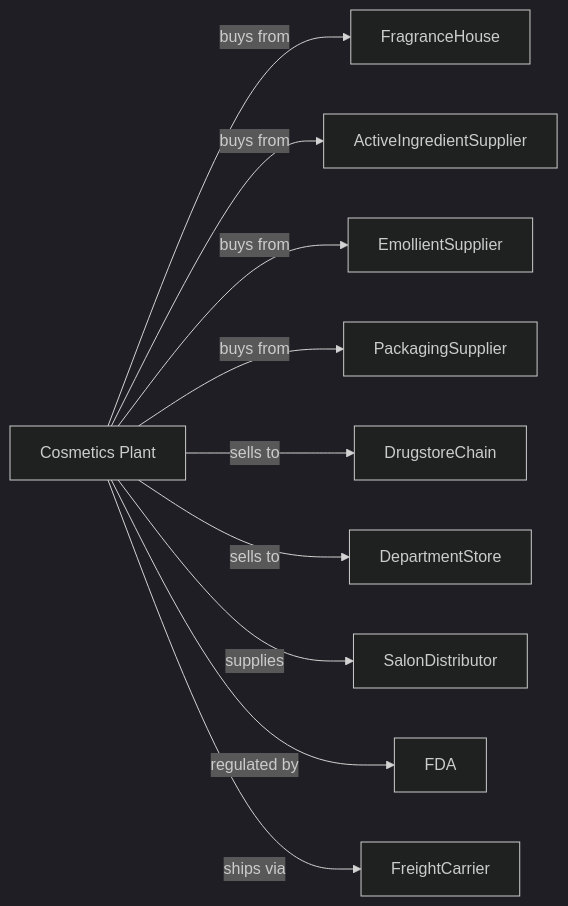
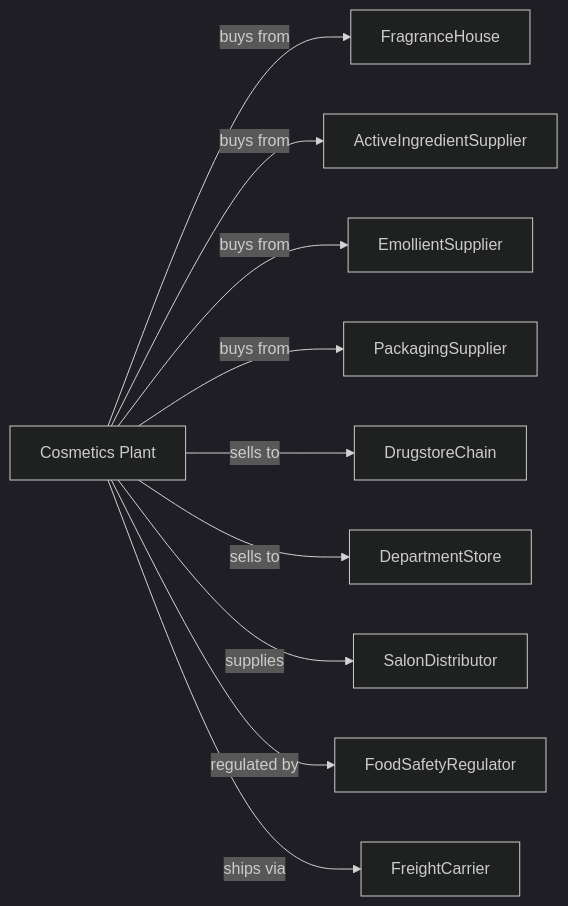
The second of 2 diagrams in Manufacturing/ChemicalManufacturing/SoapCleaningCompoundAndToiletPreparationManufacturing/ToiletPreparationManufacturing.mdx (dot-org-ai/industries.org.ai), drawn with Mermaid (dark theme) before and after one commit. The commit also changed other lines of this file and 588 other files, not shown here.

````diff
--- a/Manufacturing/ChemicalManufacturing/SoapCleaningCompoundAndToiletPreparationManufacturing/ToiletPreparationManufacturing.mdx
+++ b/Manufacturing/ChemicalManufacturing/SoapCleaningCompoundAndToiletPreparationManufacturing/ToiletPreparationManufacturing.mdx
@@ -131,14 +131,14 @@
 ```mermaid
 graph LR
     C[Cosmetics Plant]
 
     C -->|buys from| FragranceHouse
     C -->|buys from| ActiveIngredientSupplier
     C -->|buys from| EmollientSupplier
     C -->|buys from| PackagingSupplier
     C -->|sells to| DrugstoreChain
     C -->|sells to| DepartmentStore
     C -->|supplies| SalonDistributor
-    C -->|regulated by| FDA
+    C -->|regulated by| FoodSafetyRegulator
     C -->|ships via| FreightCarrier
 ```
````
